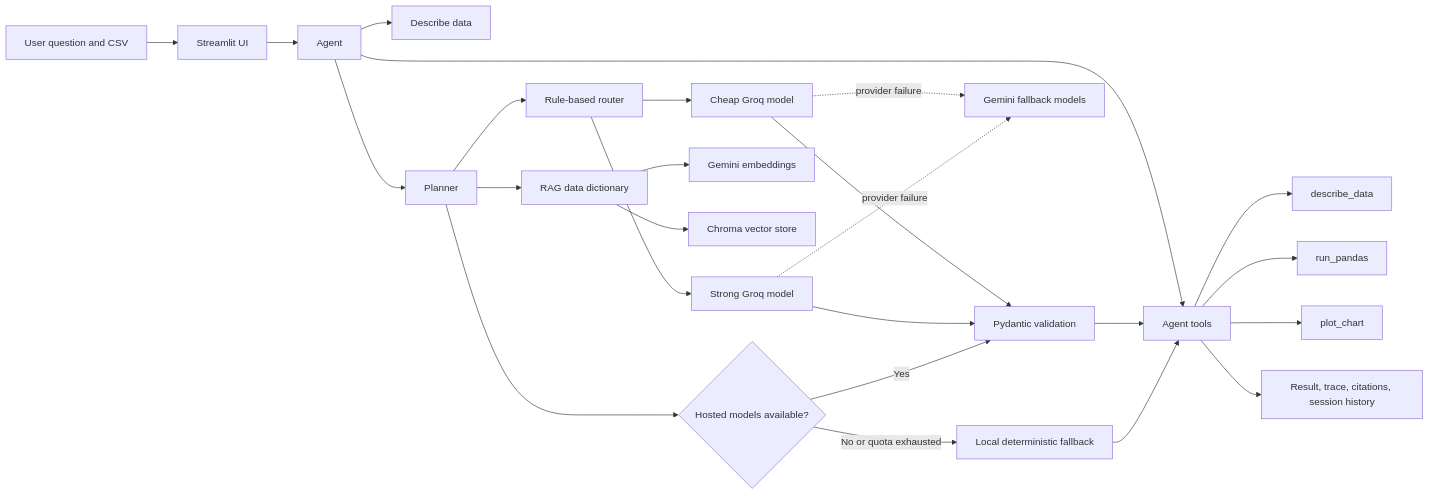
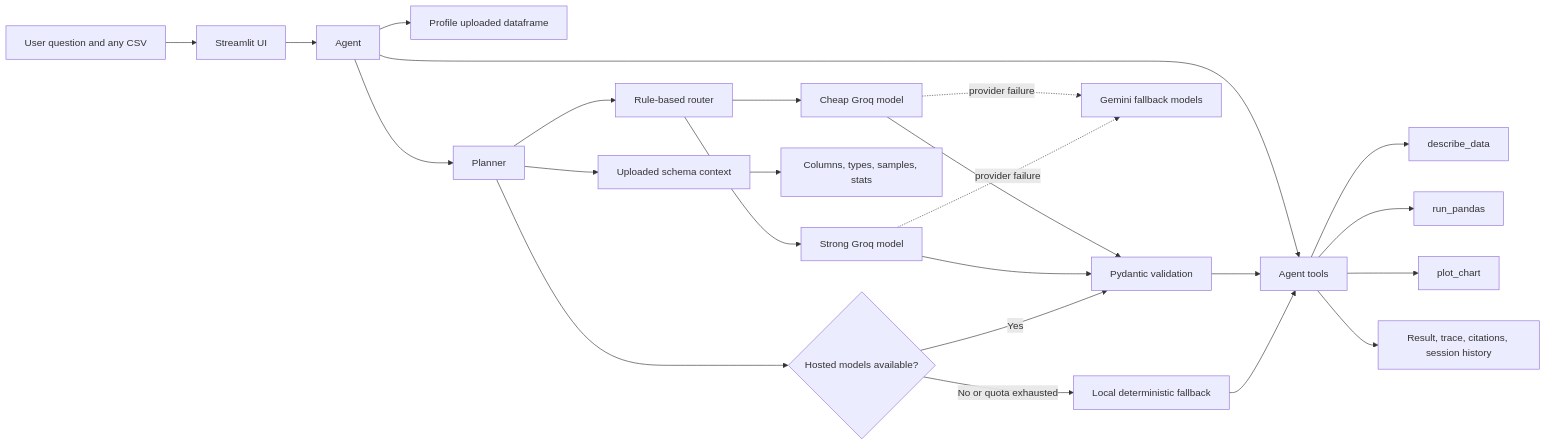
Before and after one commit to astroelaa/data-analyst-copilot: the diagram in README.md, drawn with Mermaid. The commit also changed other lines of this file and 7 other files, not shown here.

````diff
--- a/README.md
+++ b/README.md
@@ -71,27 +71,26 @@
 ```mermaid
 flowchart LR
-    U[User question and CSV] --> UI[Streamlit UI]
+    U[User question and any CSV] --> UI[Streamlit UI]
     UI --> A[Agent]
-    A --> D[Describe data]
+    A --> D[Profile uploaded dataframe]
     A --> P[Planner]
     P --> R[Rule-based router]
     R --> C[Cheap Groq model]
     R --> S[Strong Groq model]
     C --> V[Pydantic validation]
     S --> V
     C -. provider failure .-> G[Gemini fallback models]
     S -. provider failure .-> G
-    P --> D1[RAG data dictionary]
-    D1 --> E[Gemini embeddings]
-    D1 --> Ch[Chroma vector store]
+    P --> D1[Uploaded schema context]
+    D1 --> E[Columns, types, samples, stats]
     P --> F{Hosted models available?}
     F -->|No or quota exhausted| L[Local deterministic fallback]
     F -->|Yes| V
     A --> T[Agent tools]
     T --> DP[describe_data]
     T --> RP[run_pandas]
     T --> PC[plot_chart]
     V --> T
     L --> T
     T --> O[Result, trace, citations, session history]
 ```
````
